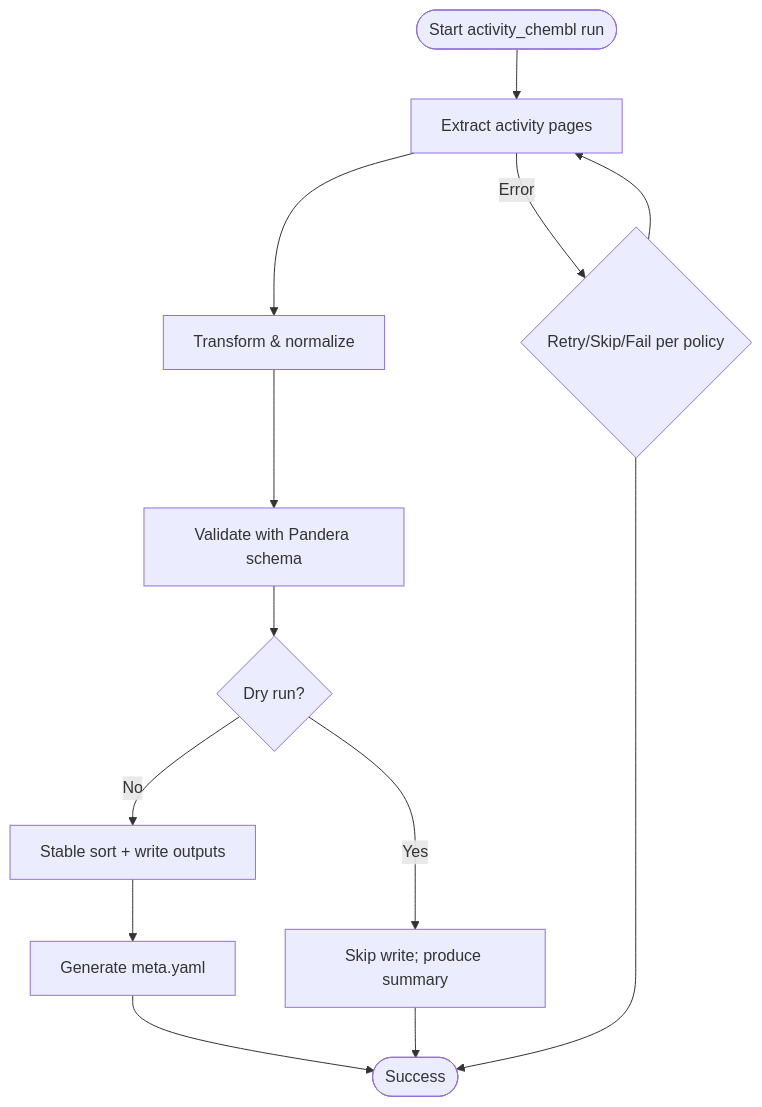
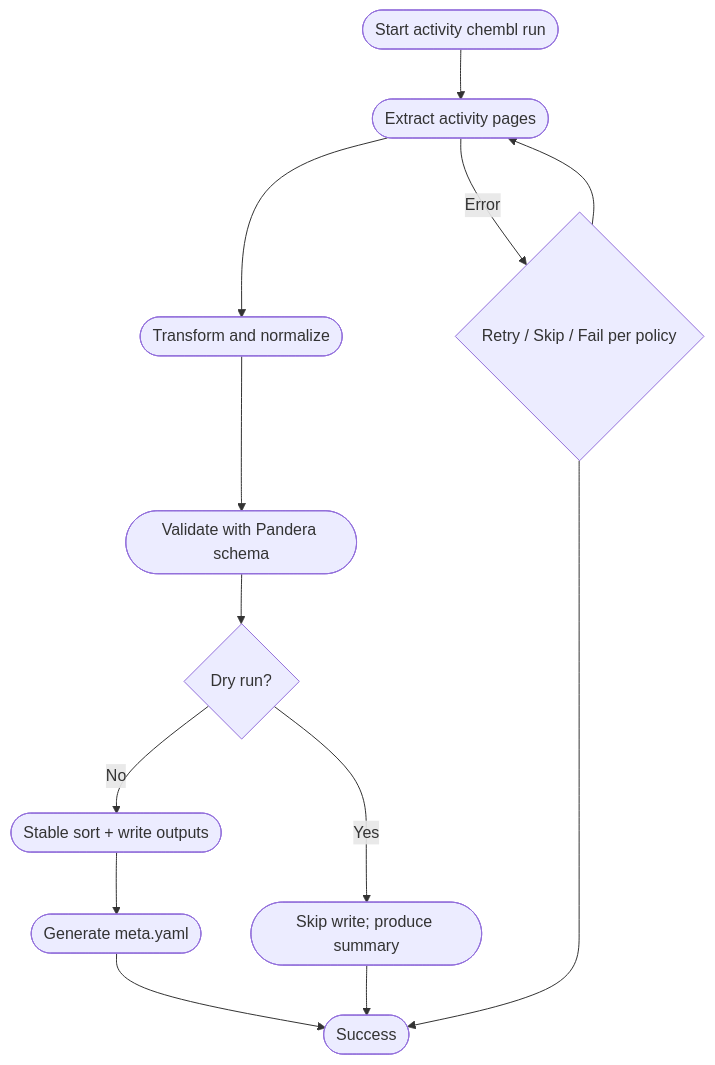
Before and after one commit to SatoryKono/BioactivityDataAcquisition: the diagram in docs/application/pipelines/chembl/activity/diagrams/flow/activity-workflow.mmd, drawn with Mermaid. The commit also changed 44 other files, not shown here.

```diff
--- a/docs/application/pipelines/chembl/activity/diagrams/flow/activity-workflow.mmd
+++ b/docs/application/pipelines/chembl/activity/diagrams/flow/activity-workflow.mmd
@@ -1,13 +1,25 @@
+%%{init: { 'flowchart': { 'htmlLabels': true, 'useMaxWidth': true } }}%%
 flowchart TD
-    Start([Start activity_chembl run]) --> Extract[Extract activity pages]
-    Extract --> Transform[Transform & normalize]
-    Transform --> Validate[Validate with Pandera schema]
-    Validate --> Decision{Dry run?}
-    Decision -- No --> Write[Stable sort + write outputs]
-    Write --> Meta[Generate meta.yaml]
-    Decision -- Yes --> SkipWrite[Skip write; produce summary]
-    Meta --> End([Success])
-    SkipWrite --> End
-    Extract -->|Error| Retry{Retry/Skip/Fail per policy}
-    Retry --> Extract
-    Retry --> End
+    start([Start activity chembl run])
+    extract(["Extract activity pages"])
+    transform(["Transform and normalize"])
+    validate(["Validate with Pandera schema"])
+    decision{Dry run?}
+    write(["Stable sort + write outputs"])
+    meta(["Generate meta.yaml"])
+    skip_write(["Skip write; produce summary"])
+    retry{Retry / Skip / Fail per policy}
+    success_state([Success])
+
+    start --> extract
+    extract --> transform
+    transform --> validate
+    validate --> decision
+    decision -- No --> write
+    decision -- Yes --> skip_write
+    write --> meta
+    meta --> success_state
+    skip_write --> success_state
+    extract -->|Error| retry
+    retry --> extract
+    retry --> success_state
```
